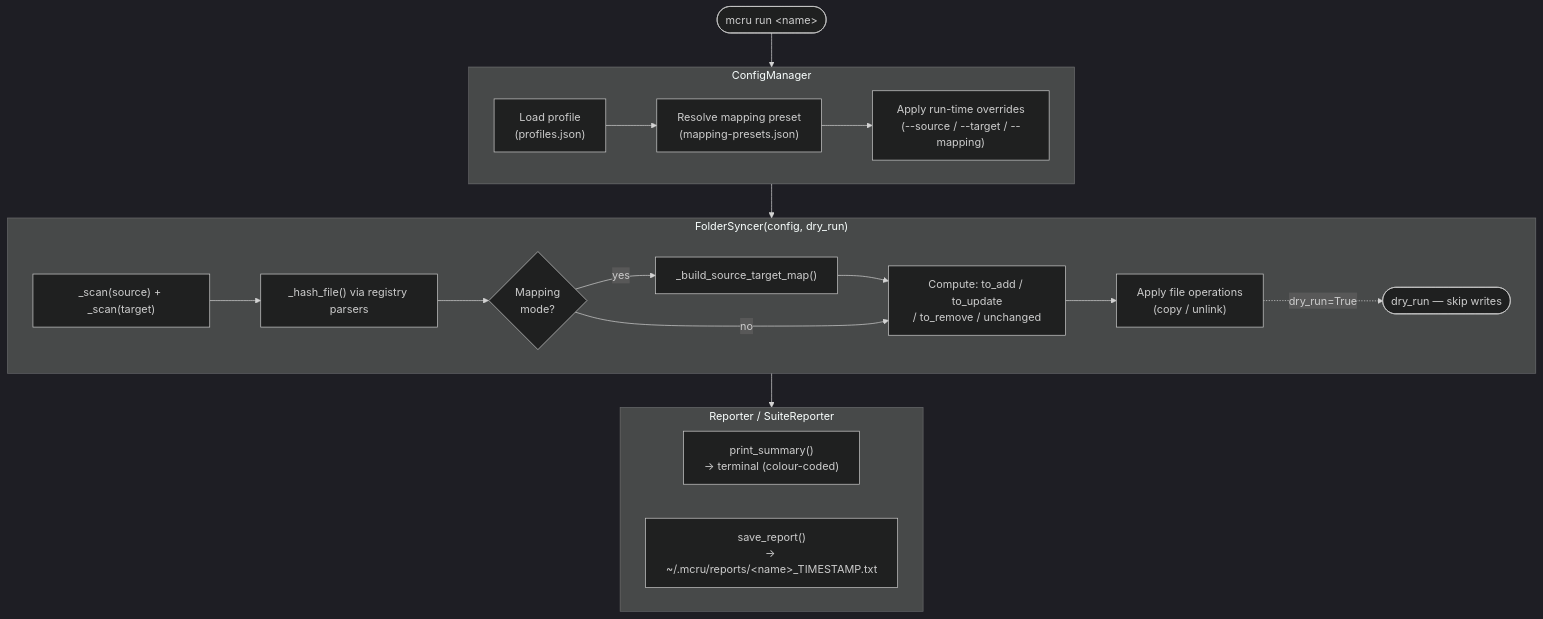
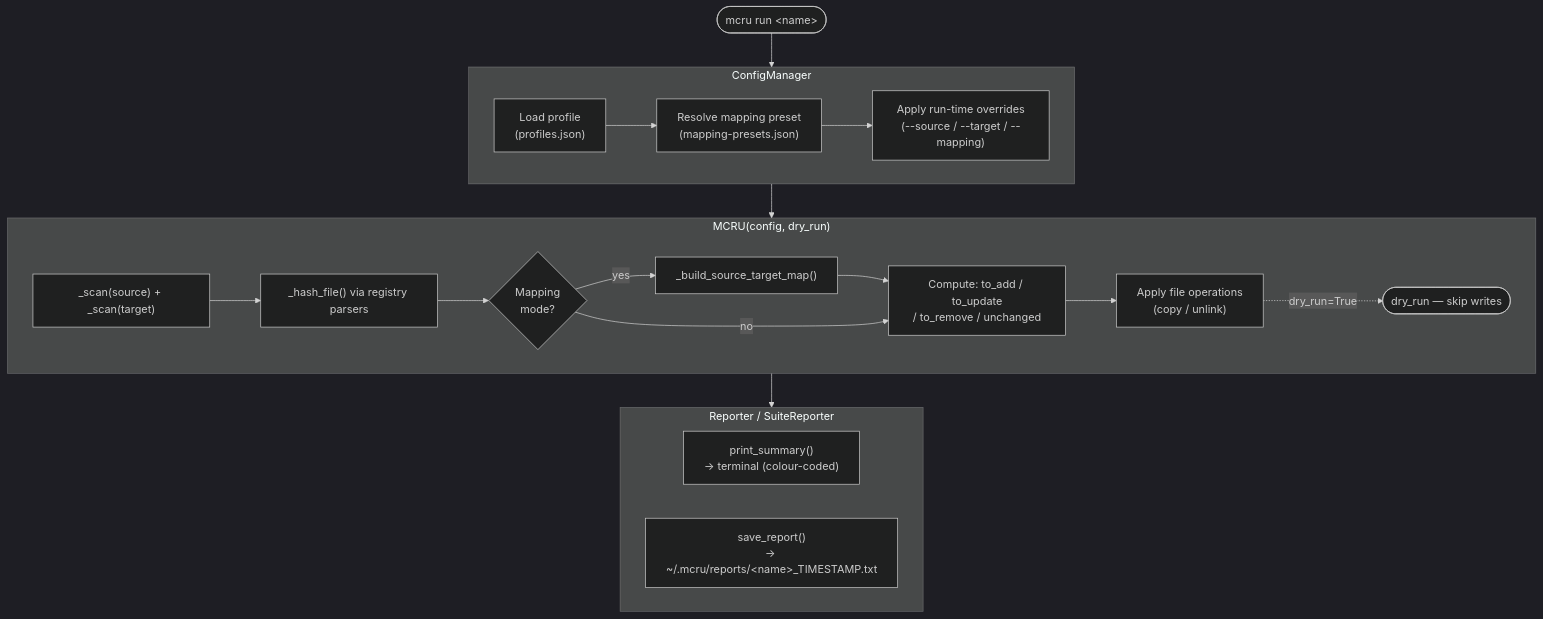
One commit to ChefMooon/mc-recipe-updater changed the diagram in docs/architecture.md. Above: the diagram before and after it, drawn with Mermaid (dark theme). The commit also changed other lines of this file and 27 other files, not shown here.

Commit message:
reafactor: FolderSyncer -> MCRU

````diff
--- a/docs/architecture.md
+++ b/docs/architecture.md
@@ -347,36 +347,36 @@
 ```mermaid
 flowchart TD
     CMD(["mcru run &lt;name&gt;"])
 
     subgraph CM["ConfigManager"]
         CM1["Load profile\n(profiles.json)"]
         CM2["Resolve mapping preset\n(mapping-presets.json)"]
         CM3["Apply run-time overrides\n(--source / --target / --mapping)"]
         CM1 --> CM2 --> CM3
     end
 
-    subgraph FS["FolderSyncer(config, dry_run)"]
+    subgraph FS["MCRU(config, dry_run)"]
         FS1["_scan(source) + _scan(target)"]
         FS2["_hash_file() via registry parsers"]
         FS3{"Mapping\nmode?"}
         FS4["_build_source_target_map()"]
         FS5["Compute: to_add / to_update\n/ to_remove / unchanged"]
         FS6["Apply file operations\n(copy / unlink)"]
         FS7(["dry_run — skip writes"])
 
         FS1 --> FS2 --> FS3
         FS3 -- yes --> FS4 --> FS5
         FS3 -- no --> FS5
         FS5 --> FS6
         FS6 -. dry_run=True .-> FS7
     end
 
     subgraph RP["Reporter / SuiteReporter"]
         RP1["print_summary()\n→ terminal (colour-coded)"]
         RP2["save_report()\n→ ~/.mcru/reports/&lt;name&gt;_TIMESTAMP.txt"]
     end
 
     CMD --> CM
     CM --> FS
     FS --> RP
 ```
````
